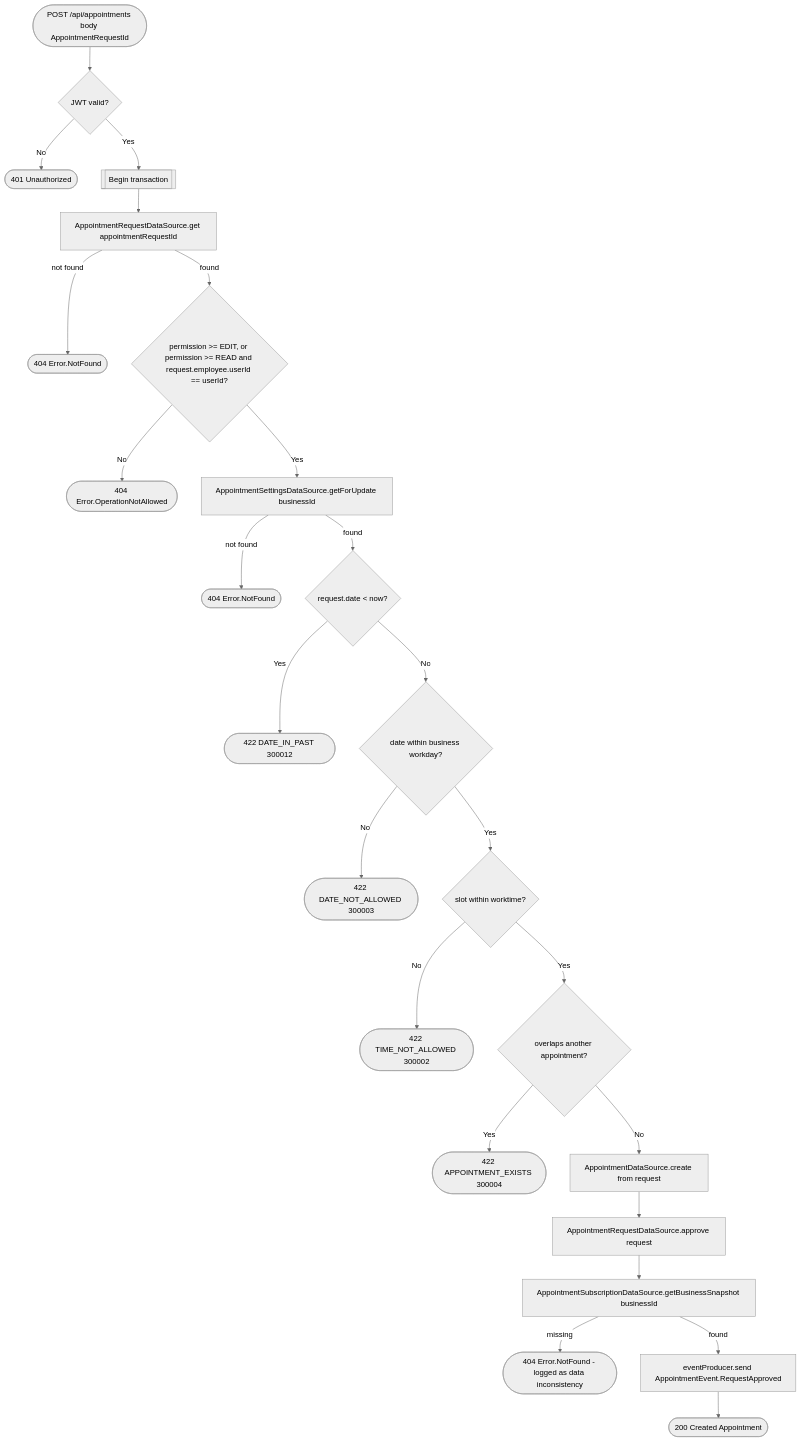
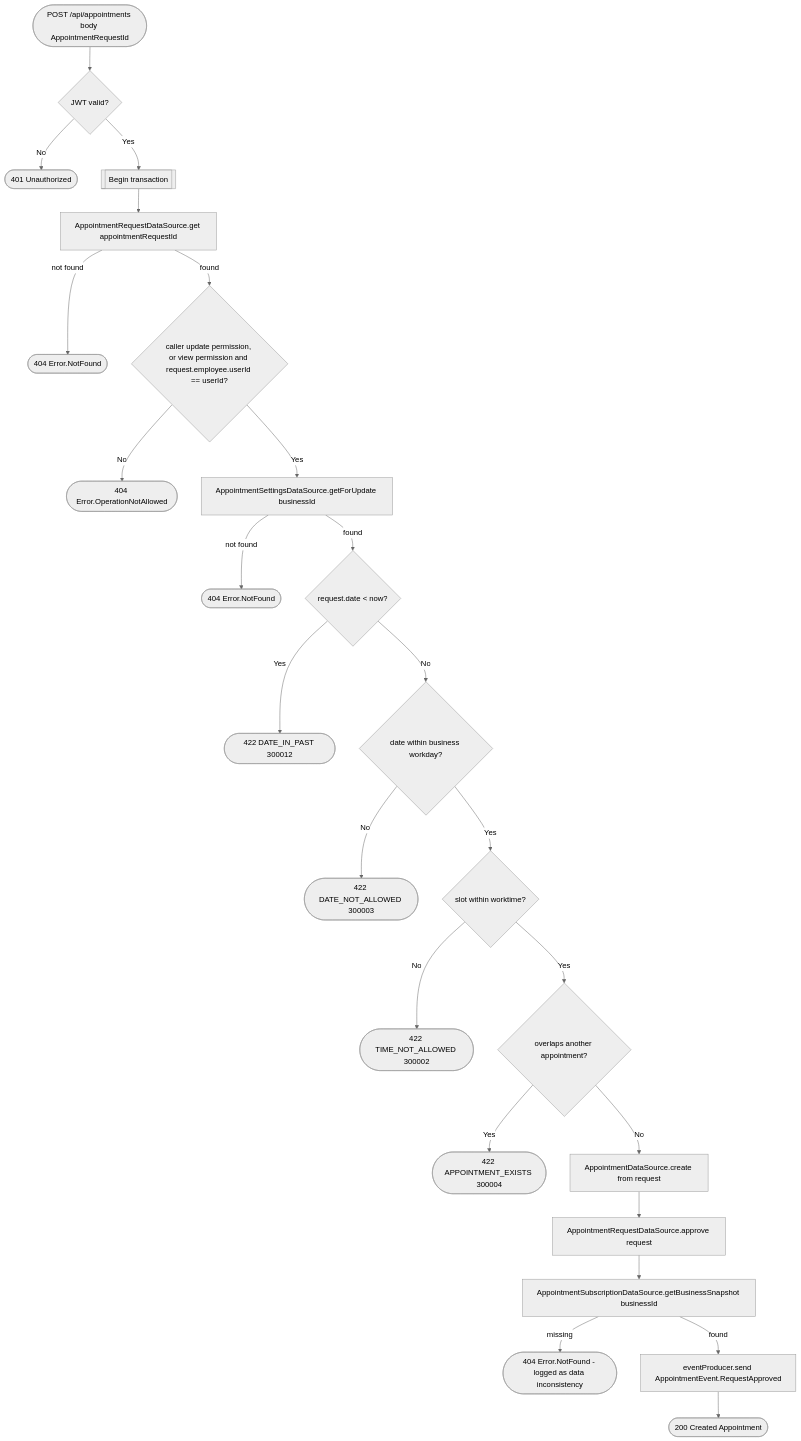
The diagram in docs/operations/appointments/create-appointment-from-request.md (an22/bookk.me-backend), drawn with Mermaid (neutral theme) before and after one commit. The commit also changed other lines of this file and 157 other files, not shown here.

````diff
--- a/docs/operations/appointments/create-appointment-from-request.md
+++ b/docs/operations/appointments/create-appointment-from-request.md
@@ -13,26 +13,26 @@
 ```mermaid
 flowchart TD
     Start([POST /api/appointments body AppointmentRequestId]) --> Auth{JWT valid?}
     Auth -- No --> R401([401 Unauthorized])
     Auth -- Yes --> Tx[[Begin transaction]]
     Tx --> GetRequest[AppointmentRequestDataSource.get appointmentRequestId]
     GetRequest -- not found --> R404a([404 Error.NotFound])
-    GetRequest -- found --> Perm{permission >= EDIT, or permission >= READ and request.employee.userId == userId?}
+    GetRequest -- found --> Perm{caller update permission, or view permission and request.employee.userId == userId?}
     Perm -- No --> R404b([404 Error.OperationNotAllowed])
     Perm -- Yes --> Settings[AppointmentSettingsDataSource.getForUpdate businessId]
     Settings -- not found --> R404c([404 Error.NotFound])
     Settings -- found --> PastCheck{request.date < now?}
     PastCheck -- Yes --> R422a([422 DATE_IN_PAST 300012])
     PastCheck -- No --> WorkdayCheck{date within business workday?}
     WorkdayCheck -- No --> R422b([422 DATE_NOT_ALLOWED 300003])
     WorkdayCheck -- Yes --> WorktimeCheck{slot within worktime?}
     WorktimeCheck -- No --> R422c([422 TIME_NOT_ALLOWED 300002])
     WorktimeCheck -- Yes --> Overlap{overlaps another appointment?}
     Overlap -- Yes --> R422d([422 APPOINTMENT_EXISTS 300004])
     Overlap -- No --> Create[AppointmentDataSource.create from request]
     Create --> Approve[AppointmentRequestDataSource.approve request]
     Approve --> Snapshot[AppointmentSubscriptionDataSource.getBusinessSnapshot businessId]
     Snapshot -- missing --> R404d([404 Error.NotFound - logged as data inconsistency])
     Snapshot -- found --> Event[eventProducer.send AppointmentEvent.RequestApproved]
     Event --> R200([200 Created Appointment])
 ```
````
